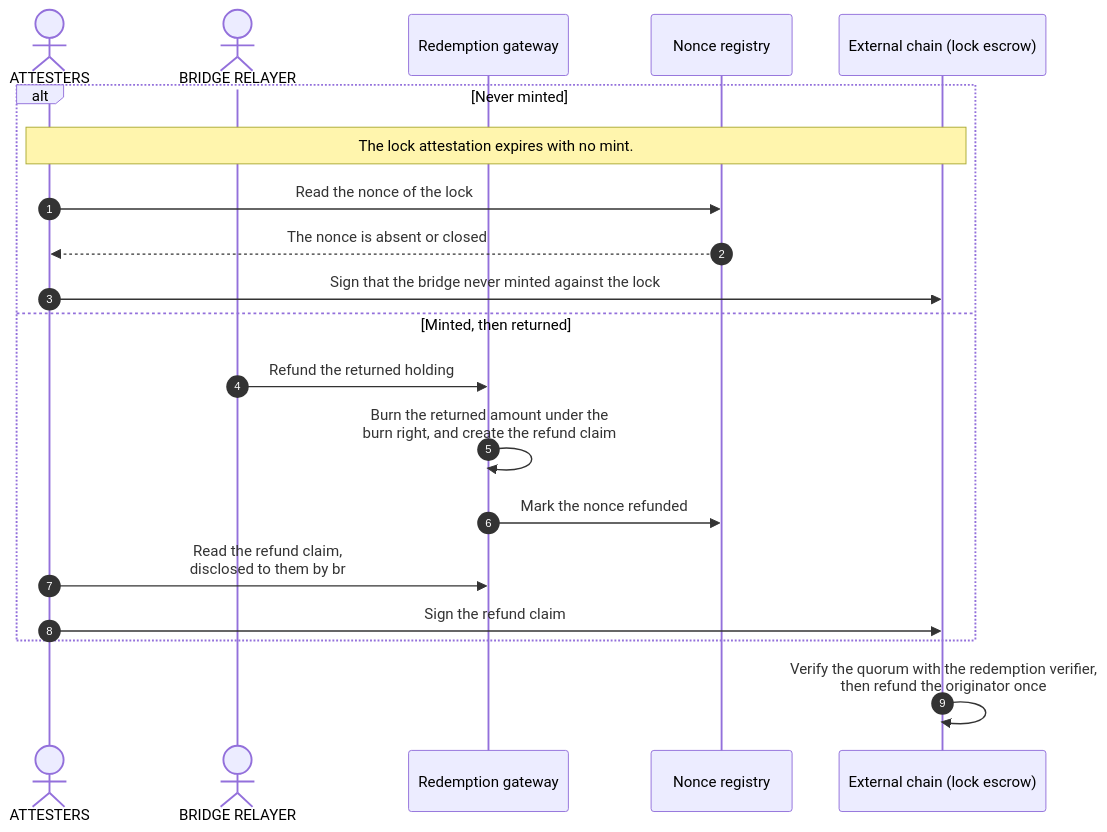
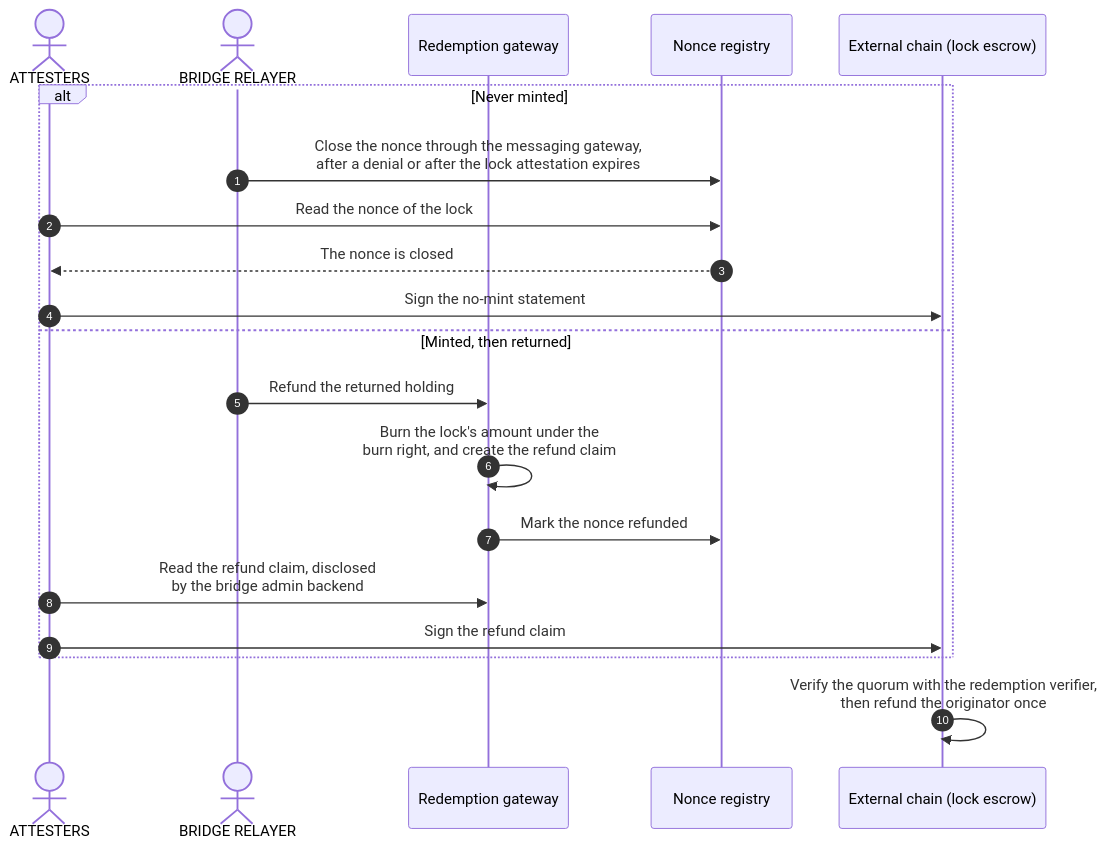
One commit to OpenZeppelin/canton-specs changed the second of 3 diagrams in docs/reference-architectures/cross-chain-stablecoin.md. Above: the diagram before and after it, drawn with Mermaid. The commit also changed other lines of this file, not shown here.

Commit message:
Require a closed nonce before a no-mint refund

````diff
--- a/docs/reference-architectures/cross-chain-stablecoin.md
+++ b/docs/reference-architectures/cross-chain-stablecoin.md
@@ -537,23 +540,23 @@
 ```mermaid
 sequenceDiagram
     autonumber
     actor Attesters as ATTESTERS
     actor Relayer as BRIDGE RELAYER
     participant Redeem as Redemption gateway
     participant Reg as Nonce registry
     participant Chain as External chain (lock escrow)
 
     alt Never minted
-        Note over Attesters,Chain: The lock attestation expires with no mint.
+        Relayer->>Reg: Close the nonce through the messaging gateway,<br/>after a denial or after the lock attestation expires
         Attesters->>Reg: Read the nonce of the lock
-        Reg-->>Attesters: The nonce is absent or closed
-        Attesters->>Chain: Sign that the bridge never minted against the lock
+        Reg-->>Attesters: The nonce is closed
+        Attesters->>Chain: Sign the no-mint statement
     else Minted, then returned
         Relayer->>Redeem: Refund the returned holding
-        Redeem->>Redeem: Burn the returned amount under the<br/>burn right, and create the refund claim
+        Redeem->>Redeem: Burn the lock's amount under the<br/>burn right, and create the refund claim
         Redeem->>Reg: Mark the nonce refunded
-        Attesters->>Redeem: Read the refund claim,<br/>disclosed to them by br
+        Attesters->>Redeem: Read the refund claim, disclosed<br/>by the bridge admin backend
         Attesters->>Chain: Sign the refund claim
     end
     Chain->>Chain: Verify the quorum with the redemption verifier,<br/>then refund the originator once
 ```
````
